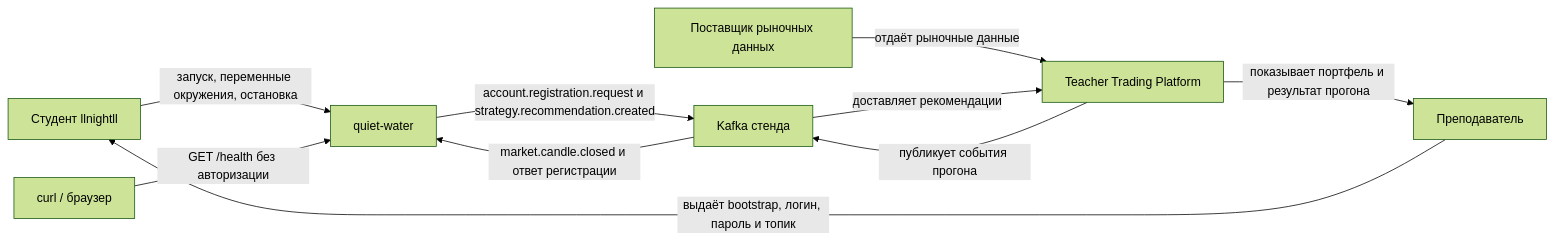
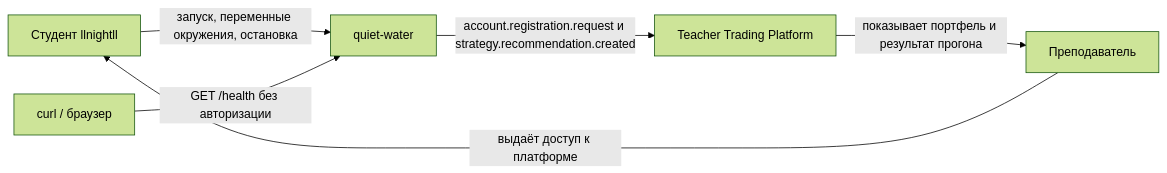
One commit to Team-ReBOOT-Academy/quiet-water changed the diagram in docs/context-diagram.md. Above: the diagram before and after it, drawn with Mermaid (forest theme). The commit also changed other lines of this file and 4 other files, not shown here.

````diff
--- a/docs/context-diagram.md
+++ b/docs/context-diagram.md
@@ -8,20 +10,14 @@
 ```mermaid
 flowchart LR
   student["Студент llnightll"]
   teacher[Преподаватель]
-  supplier[Поставщик рыночных данных]
   platform[Teacher Trading Platform]
-  kafka[Kafka стенда]
   service[quiet-water]
   probe["curl / браузер"]
 
-  teacher -->|"выдаёт bootstrap, логин, пароль и топик"| student
+  teacher -->|"выдаёт доступ к платформе"| student
   student -->|"запуск, переменные окружения, остановка"| service
-  supplier -->|"отдаёт рыночные данные"| platform
-  platform -->|"публикует события прогона"| kafka
-  kafka -->|"market.candle.closed и ответ регистрации"| service
-  service -->|"account.registration.request и strategy.recommendation.created"| kafka
-  kafka -->|"доставляет рекомендации"| platform
+  service -->|"account.registration.request и strategy.recommendation.created"| platform
   platform -->|"показывает портфель и результат прогона"| teacher
   probe -->|"GET /health без авторизации"| service
 ```
````
